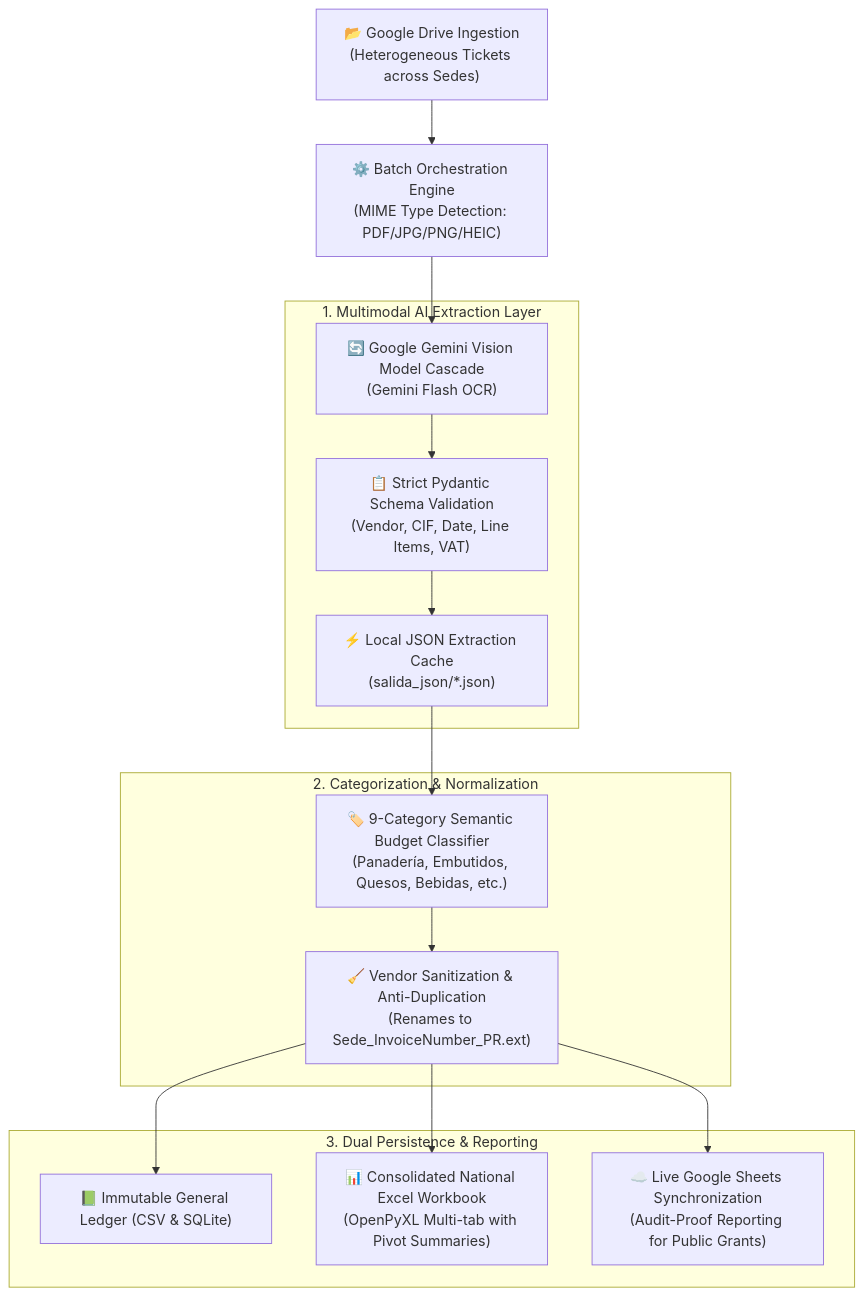
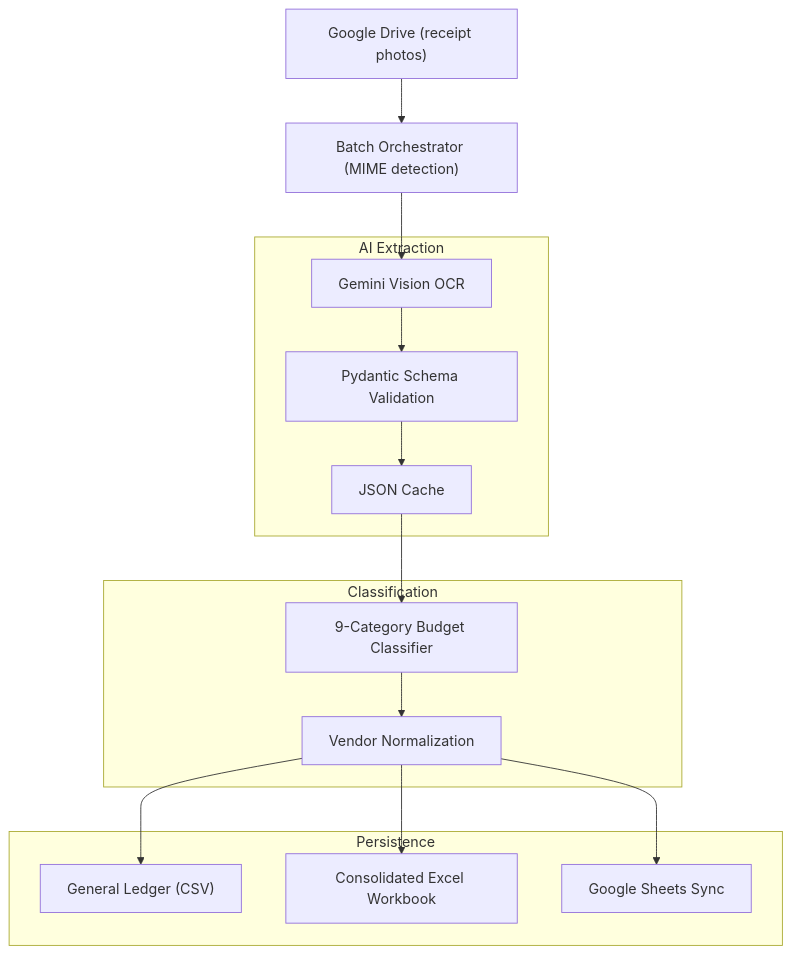
The diagram in README.md (MiguelMartinVieira/bokatas-ocr-accounting-pipeline), drawn with Mermaid before and after one commit. The commit also changed other lines of this file, not shown here.

````diff
--- a/README.md
+++ b/README.md
@@ -27,32 +14,27 @@
 ```mermaid
 flowchart TD
-    Drive["📂 Google Drive Ingestion<br/>(Heterogeneous Tickets across Sedes)"]
-    Orch["⚙️ Batch Orchestration Engine<br/>(MIME Type Detection: PDF/JPG/PNG/HEIC)"]
+    Drive["Google Drive (receipt photos)"] --> Orch["Batch Orchestrator (MIME detection)"]
     
-    subgraph VisionPipeline ["1. Multimodal AI Extraction Layer"]
-        ModelPool["🔄 Google Gemini Vision Model Cascade<br/>(Gemini Flash OCR)"]
-        Schema["📋 Strict Pydantic Schema Validation<br/>(Vendor, CIF, Date, Line Items, VAT)"]
-        Cache["⚡ Local JSON Extraction Cache<br/>(salida_json/*.json)"]
+    subgraph Extraction ["AI Extraction"]
+        Model["Gemini Vision OCR"]
+        Schema["Pydantic Schema Validation"]
+        Cache["JSON Cache"]
     end
 
-    subgraph AccountingEngine ["2. Categorization & Normalization"]
-        Classifier["🏷️ 9-Category Semantic Budget Classifier<br/>(Panadería, Embutidos, Quesos, Bebidas, etc.)"]
-        Sanitizer["🧹 Vendor Sanitization & Anti-Duplication<br/>(Renames to Sede_InvoiceNumber_PR.ext)"]
+    subgraph Accounting ["Classification"]
+        Classifier["9-Category Budget Classifier"]
+        Sanitizer["Vendor Normalization"]
     end
 
-    subgraph PersistenceLayer ["3. Dual Persistence & Reporting"]
-        Ledger["📗 Immutable General Ledger (CSV & SQLite)"]
-        Excel["📊 Consolidated National Excel Workbook<br/>(OpenPyXL Multi-tab with Pivot Summaries)"]
-        Sheets["☁️ Live Google Sheets Synchronization<br/>(Audit-Proof Reporting for Public Grants)"]
+    subgraph Output ["Persistence"]
+        Ledger["General Ledger (CSV)"]
+        Excel["Consolidated Excel Workbook"]
+        Sheets["Google Sheets Sync"]
     end
 
-    Drive --> Orch
-    Orch --> ModelPool
-    ModelPool --> Schema
-    Schema --> Cache
-    Cache --> Classifier
-    Classifier --> Sanitizer
+    Orch --> Model --> Schema --> Cache
+    Cache --> Classifier --> Sanitizer
     Sanitizer --> Ledger
     Sanitizer --> Excel
     Sanitizer --> Sheets
 ```
````
